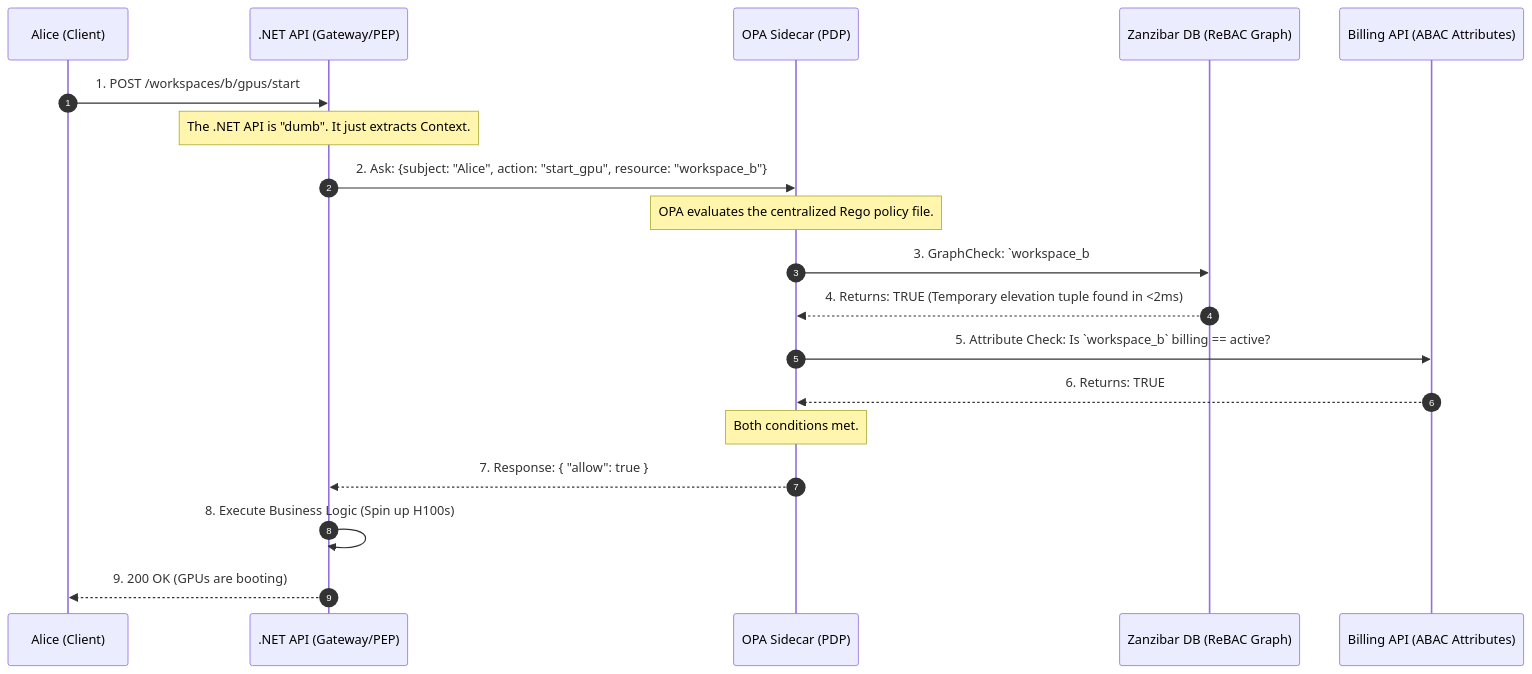
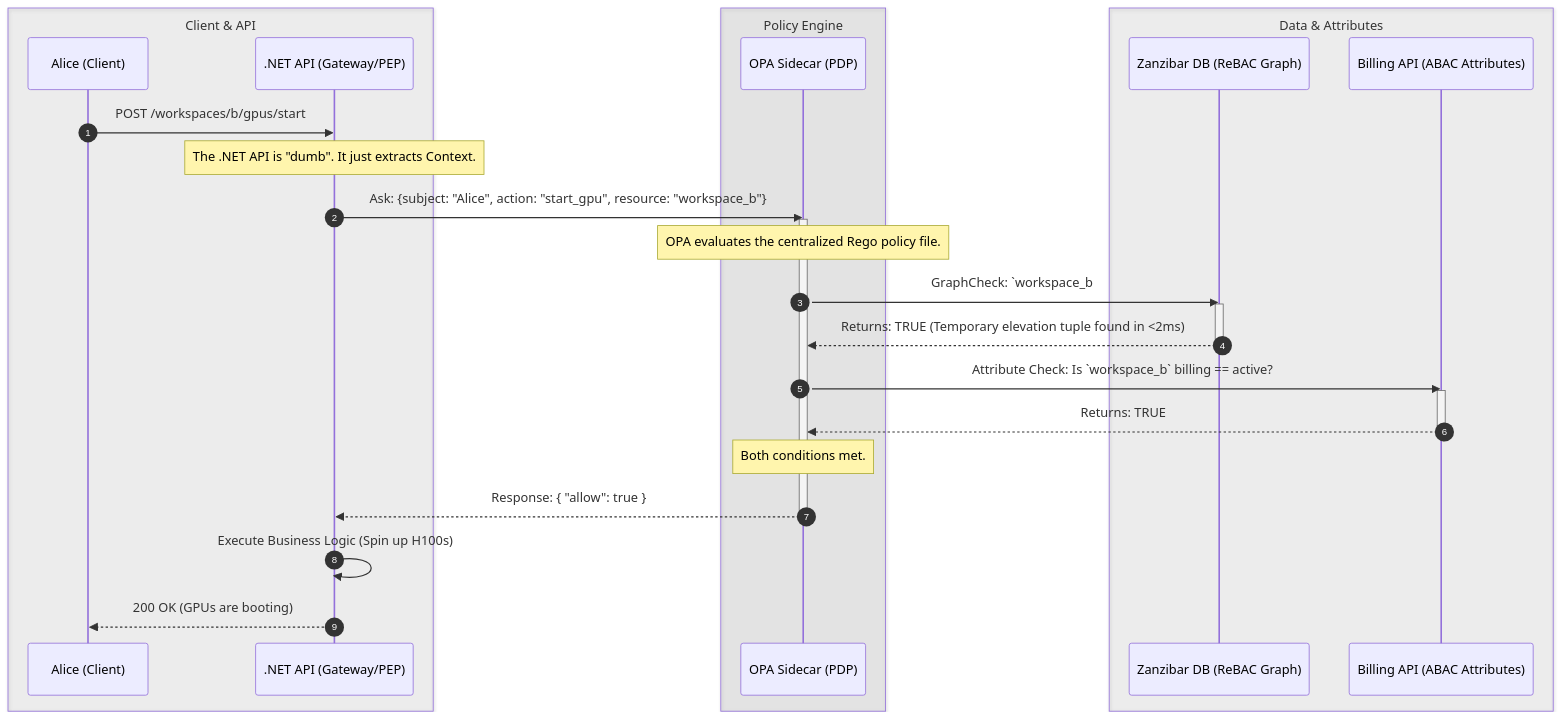
One commit to nirajp82/IdentityAccessManagement_IAM changed the diagram in Quiz/03-Advanced-Authorization-Policy-Engine.md. Above: the diagram before and after it, drawn with Mermaid. The commit also changed other lines of this file, not shown here.

````diff
--- a/Quiz/03-Advanced-Authorization-Policy-Engine.md
+++ b/Quiz/03-Advanced-Authorization-Policy-Engine.md
@@ -283,30 +273,43 @@
 ```mermaid
 sequenceDiagram
     autonumber
-    participant Alice as Alice (Client)
-    participant API as .NET API (Gateway/PEP)
-    participant OPA as OPA Sidecar (PDP)
-    participant SpiceDB as Zanzibar DB (ReBAC Graph)
-    participant Billing as Billing API (ABAC Attributes)
+    
+    box rgba(128, 128, 128, 0.1) Client & API
+        participant Alice as Alice (Client)
+        participant API as .NET API (Gateway/PEP)
+    end
+    box rgba(128, 128, 128, 0.15) Policy Engine
+        participant OPA as OPA Sidecar (PDP)
+    end
+    box rgba(128, 128, 128, 0.1) Data & Attributes
+        participant SpiceDB as Zanzibar DB (ReBAC Graph)
+        participant Billing as Billing API (ABAC Attributes)
+    end
 
-    Alice->>API: 1. POST /workspaces/b/gpus/start
+    Alice->>API: POST /workspaces/b/gpus/start
     
     Note over API: The .NET API is "dumb". It just extracts Context.
     
-    API->>OPA: 2. Ask: {subject: "Alice", action: "start_gpu", resource: "workspace_b"}
+    API->>OPA: Ask: {subject: "Alice", action: "start_gpu", resource: "workspace_b"}
+    activate OPA
     
     Note over OPA: OPA evaluates the centralized Rego policy file.
     
-    OPA->>SpiceDB: 3. GraphCheck: `workspace_b#admin@alice` exist?
-    SpiceDB-->>OPA: 4. Returns: TRUE (Temporary elevation tuple found in <2ms)
+    OPA->>SpiceDB: GraphCheck: `workspace_b#admin@alice` exist?
+    activate SpiceDB
+    SpiceDB-->>OPA: Returns: TRUE (Temporary elevation tuple found in <2ms)
+    deactivate SpiceDB
     
-    OPA->>Billing: 5. Attribute Check: Is `workspace_b` billing == active?
-    Billing-->>OPA: 6. Returns: TRUE
+    OPA->>Billing: Attribute Check: Is `workspace_b` billing == active?
+    activate Billing
+    Billing-->>OPA: Returns: TRUE
+    deactivate Billing
     
     Note over OPA: Both conditions met.
-    OPA-->>API: 7. Response: { "allow": true }
+    OPA-->>API: Response: { "allow": true }
+    deactivate OPA
     
-    API->>API: 8. Execute Business Logic (Spin up H100s)
-    API-->>Alice: 9. 200 OK (GPUs are booting)
+    API->>API: Execute Business Logic (Spin up H100s)
+    API-->>Alice: 200 OK (GPUs are booting)
 
 ```
````
